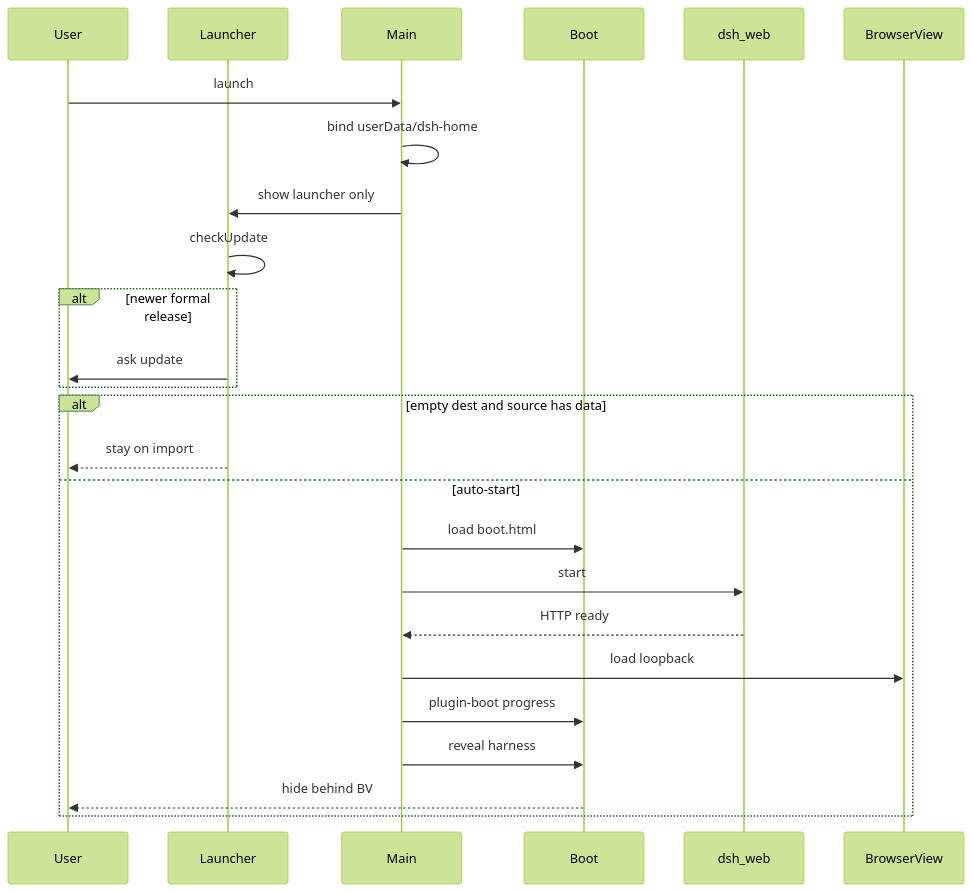
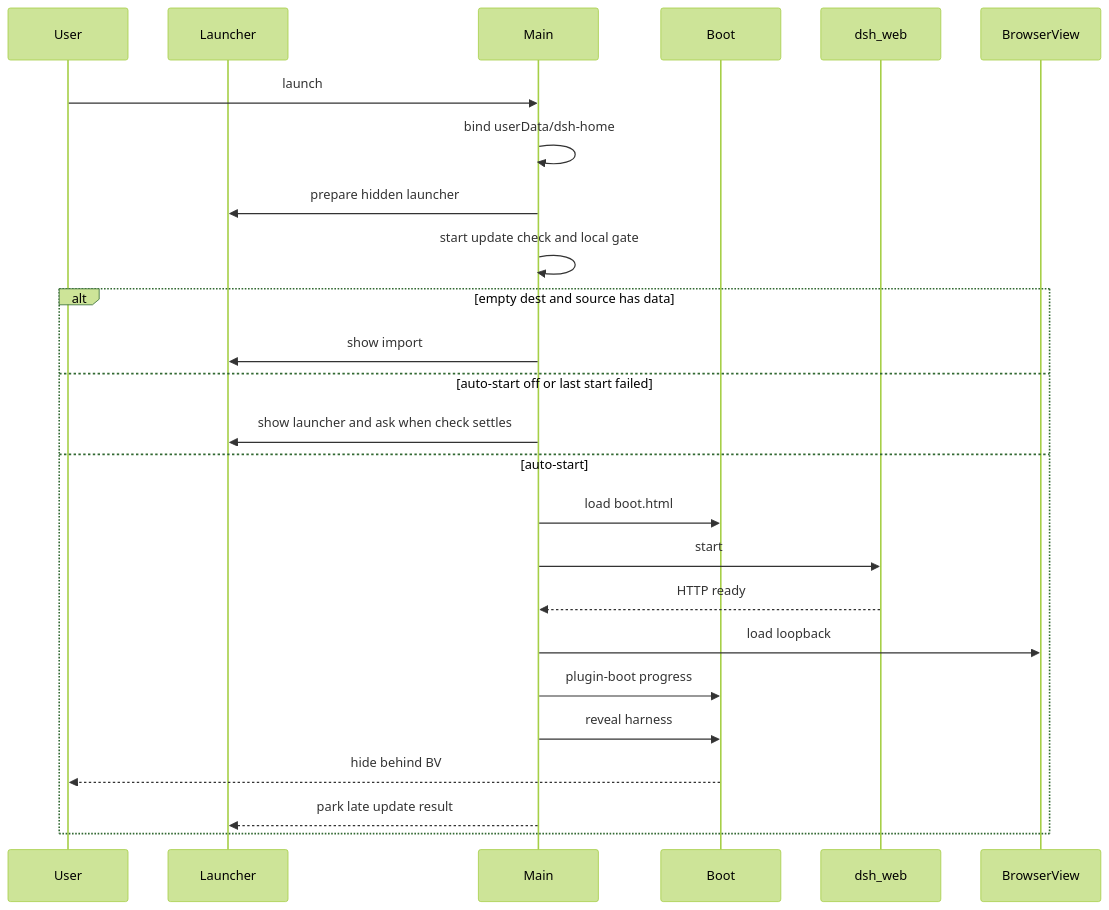
One commit to ChisaAlter/Deepseek-Harness-Desktop changed the diagram in docs/handbook/flows/boot-to-ready.md. Above: the diagram before and after it, drawn with Mermaid (forest theme). The commit also changed other lines of this file and 510 other files, not shown here.

````diff
--- a/docs/handbook/flows/boot-to-ready.md
+++ b/docs/handbook/flows/boot-to-ready.md
@@ -13,27 +13,27 @@
 ```mermaid
 sequenceDiagram
   participant User
   participant Launcher
   participant Main
   participant Boot
   participant Dsh as dsh_web
   participant BV as BrowserView
   User->>Main: launch
   Main->>Main: bind userData/dsh-home
-  Main->>Launcher: show launcher only
-  Launcher->>Launcher: checkUpdate
-  alt newer formal release
-    Launcher->>User: ask update
-  end
+  Main->>Launcher: prepare hidden launcher
+  Main->>Main: start update check and local gate
   alt empty dest and source has data
-    Launcher-->>User: stay on import
+    Main->>Launcher: show import
+  else auto-start off or last start failed
+    Main->>Launcher: show launcher and ask when check settles
   else auto-start
     Main->>Boot: load boot.html
     Main->>Dsh: start
     Dsh-->>Main: HTTP ready
     Main->>BV: load loopback
     Main->>Boot: plugin-boot progress
     Main->>Boot: reveal harness
     Boot-->>User: hide behind BV
+    Main-->>Launcher: park late update result
   end
 ```
````
